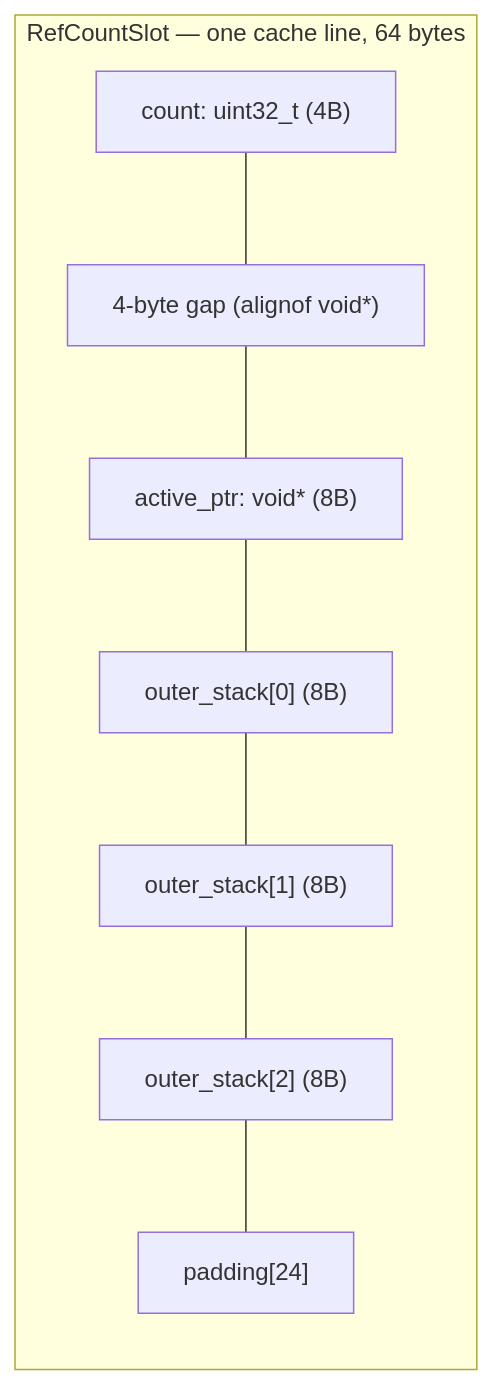
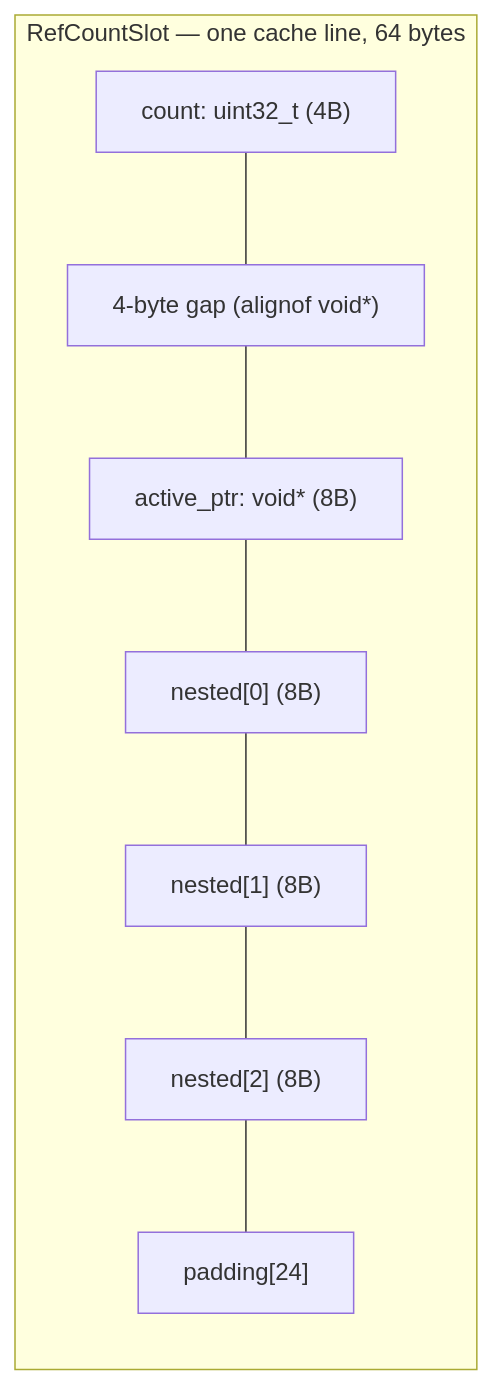
One commit to DataDog/java-profiler changed the first of 6 diagrams in doc/architecture/RefCountGuard.md. Above: the diagram before and after it, drawn with Mermaid. The commit also changed other lines of this file and 8 other files, not shown here.

````diff
--- a/doc/architecture/RefCountGuard.md
+++ b/doc/architecture/RefCountGuard.md
@@ -21,13 +22,13 @@
 ```mermaid
 flowchart LR
     subgraph slot ["RefCountSlot — one cache line, 64 bytes"]
         c["count: uint32_t (4B)"]
         g["4-byte gap (alignof void*)"]
         a["active_ptr: void* (8B)"]
-        o0["outer_stack[0] (8B)"]
-        o1["outer_stack[1] (8B)"]
-        o2["outer_stack[2] (8B)"]
+        o0["nested[0] (8B)"]
+        o1["nested[1] (8B)"]
+        o2["nested[2] (8B)"]
         p["padding[24]"]
         c --- g --- a --- o0 --- o1 --- o2 --- p
     end
 ```
````
